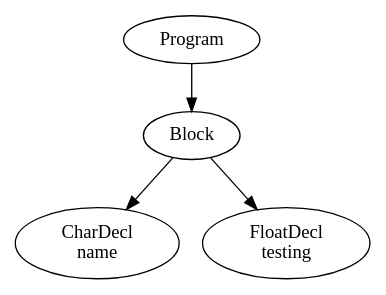
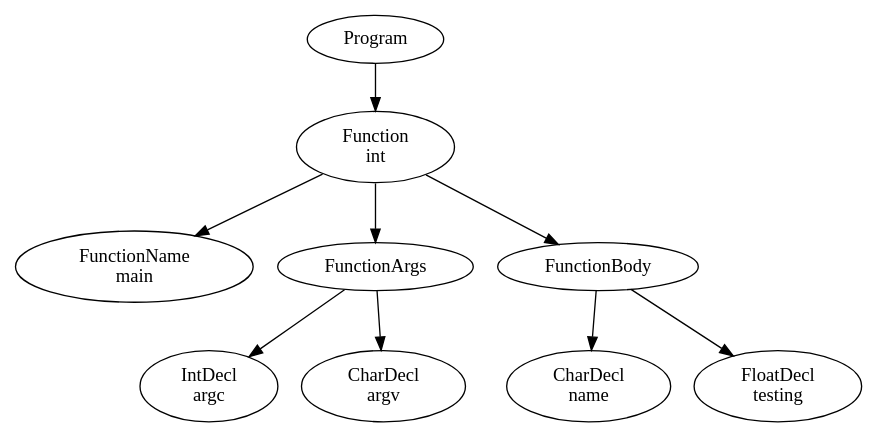
Before and after one commit to FedericoQuin/Compilers: the diagram in official/res/solutions/multiLineComment.dot, drawn with Graphviz. The commit also changed 24 other files, not shown here.

```diff
--- a/official/res/solutions/multiLineComment.dot
+++ b/official/res/solutions/multiLineComment.dot
@@ -1,9 +1,19 @@
 digraph AST {
-0 [label="Program"];
-1 [label="Block"];
-2 [label="CharDecl \nname"];
-3 [label="FloatDecl \ntesting"];
+1 [label="Program"];
+2 [label="Function \nint"];
+3 [label="FunctionName \nmain"];
+4 [label="FunctionArgs"];
+5 [label="IntDecl \nargc"];
+6 [label="CharDecl \nargv"];
+4 -> 5;
+4 -> 6;
+7 [label="FunctionBody"];
+8 [label="CharDecl \nname"];
+9 [label="FloatDecl \ntesting"];
+7 -> 8;
+7 -> 9;
+2 -> 3;
+2 -> 4;
+2 -> 7;
 1 -> 2;
-1 -> 3;
-0 -> 1;
 }
```
